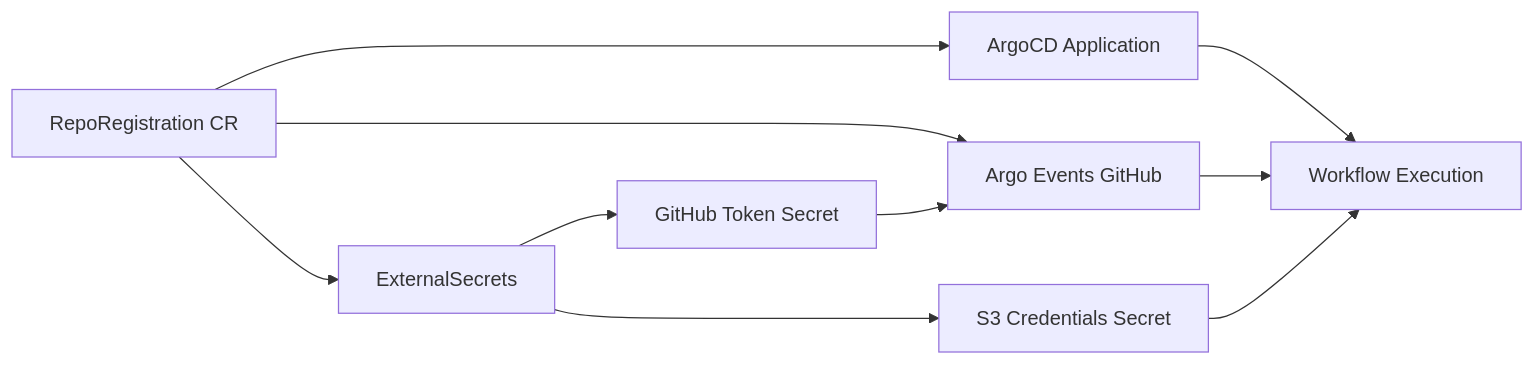
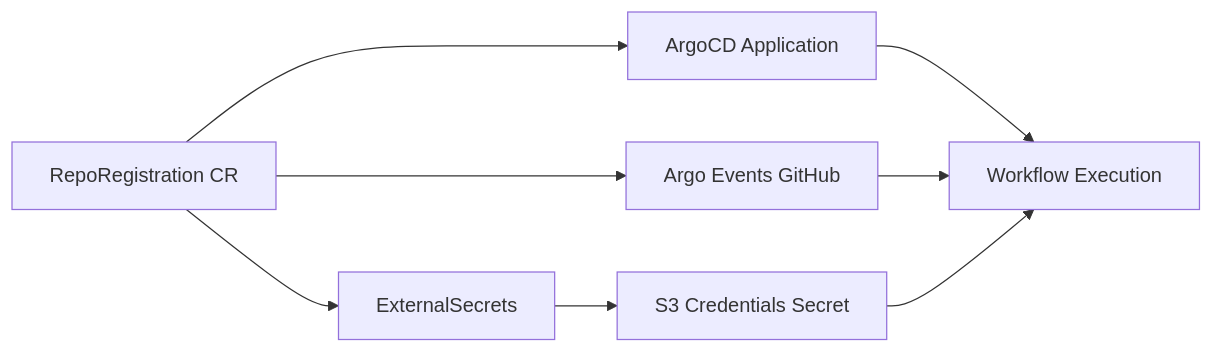
The diagram in docs/repo-registration-guide.md (calypr/argo-helm), drawn with Mermaid before and after one commit. The commit also changed other lines of this file and 11 other files, not shown here.

````diff
--- a/docs/repo-registration-guide.md
+++ b/docs/repo-registration-guide.md
@@ -19,12 +20,10 @@
 ```mermaid
 graph LR
     A[RepoRegistration CR] --> B[ArgoCD Application]
     A --> C[Argo Events GitHub]
     A --> D[ExternalSecrets]
     D --> E[S3 Credentials Secret]
-    D --> F[GitHub Token Secret]
-    B --> G[Workflow Execution]
-    C --> G
-    E --> G
-    F --> C
+    B --> F[Workflow Execution]
+    C --> F
+    E --> F
 ```
````
